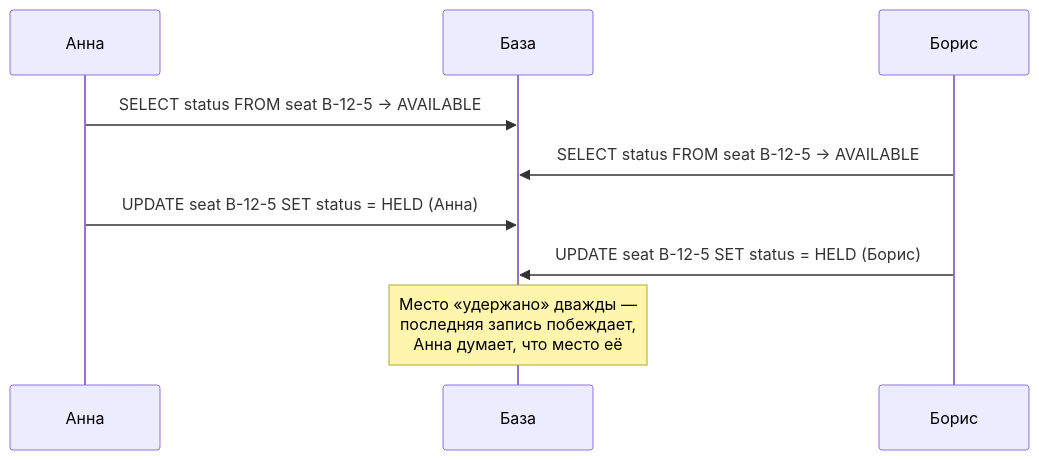
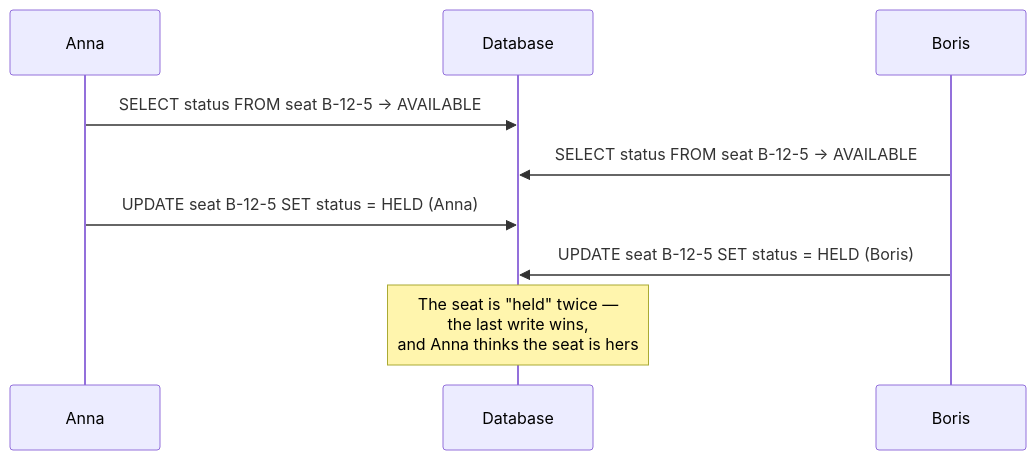
One commit to jwm1rr0rb10/FAANG-MANGO-interview changed the second of 5 diagrams in system-design/02_Tier 1 Core Classic/13_Design Ticketmaster or Hotel Booking/README.md. Above: the diagram before and after it, drawn with Mermaid. The commit also changed other lines of this file and 120 other files, not shown here.

````diff
--- a/system-design/02_Tier 1 Core Classic/13_Design Ticketmaster or Hotel Booking/README.md
+++ b/system-design/02_Tier 1 Core Classic/13_Design Ticketmaster or Hotel Booking/README.md
@@ -274,12 +274,12 @@
 ```mermaid
 sequenceDiagram
-    participant A as Анна
-    participant DB as База
-    participant B as Борис
+    participant A as Anna
+    participant DB as Database
+    participant B as Boris
 
     A->>DB: SELECT status FROM seat B-12-5 → AVAILABLE
     B->>DB: SELECT status FROM seat B-12-5 → AVAILABLE
-    A->>DB: UPDATE seat B-12-5 SET status = HELD (Анна)
-    B->>DB: UPDATE seat B-12-5 SET status = HELD (Борис)
-    Note over DB: Место «удержано» дважды —<br/>последняя запись побеждает,<br/>Анна думает, что место её
+    A->>DB: UPDATE seat B-12-5 SET status = HELD (Anna)
+    B->>DB: UPDATE seat B-12-5 SET status = HELD (Boris)
+    Note over DB: The seat is "held" twice —<br/>the last write wins,<br/>and Anna thinks the seat is hers
 ```
````
